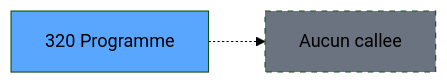
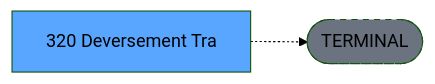
Before and after one commit to thonyAGP/lecteur-magic: the third of 3 diagrams in .openspec/renders/ADH-IDE-320.md, drawn with Mermaid (forest theme). The commit also changed other lines of this file and 701 other files, not shown here.

````diff
--- a/.openspec/renders/ADH-IDE-320.md
+++ b/.openspec/renders/ADH-IDE-320.md
@@ -162,8 +154,8 @@
 ```mermaid
 graph LR
-    T[320 Programme]
-    NONE[Aucun callee]
-    T -.-> NONE
+    T[320 Deversement Tra]
+    TERM([TERMINAL])
+    T -.-> TERM
+    style TERM fill:#6b7280,stroke-dasharray: 5 5
     style T fill:#58a6ff,color:#000
-    style NONE fill:#6b7280,stroke-dasharray: 5 5
 ```
````
